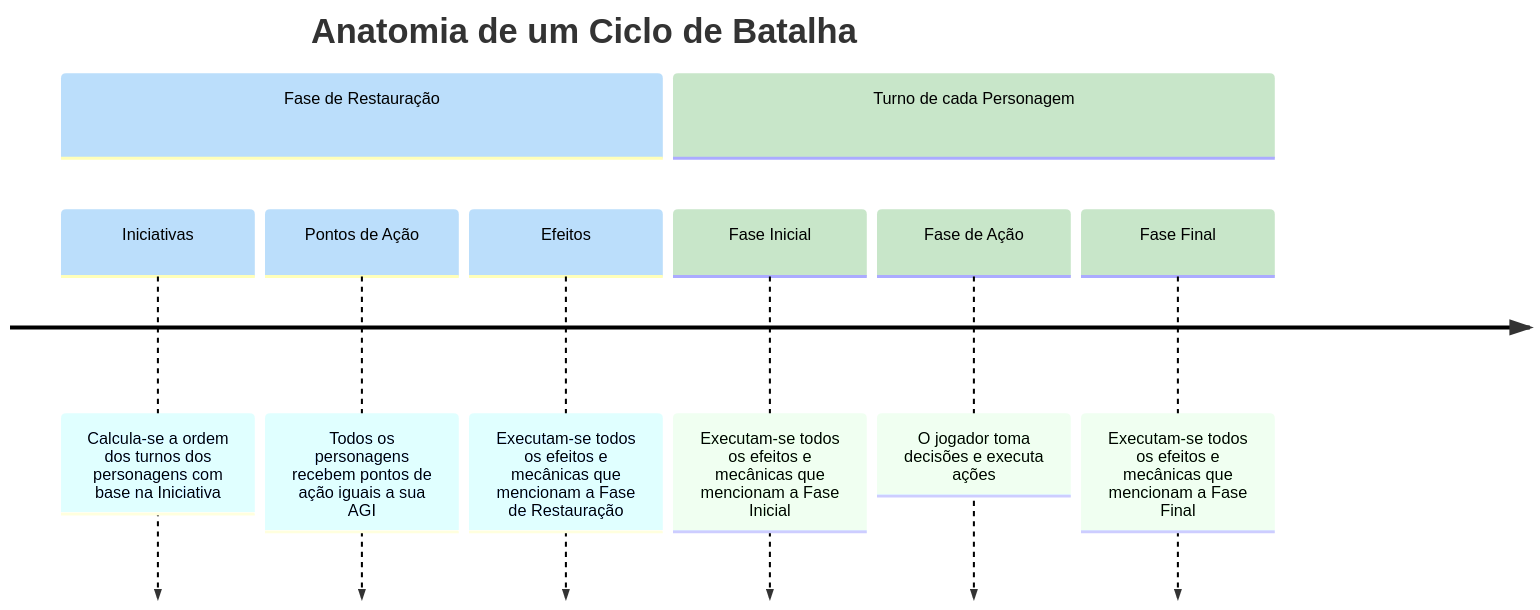
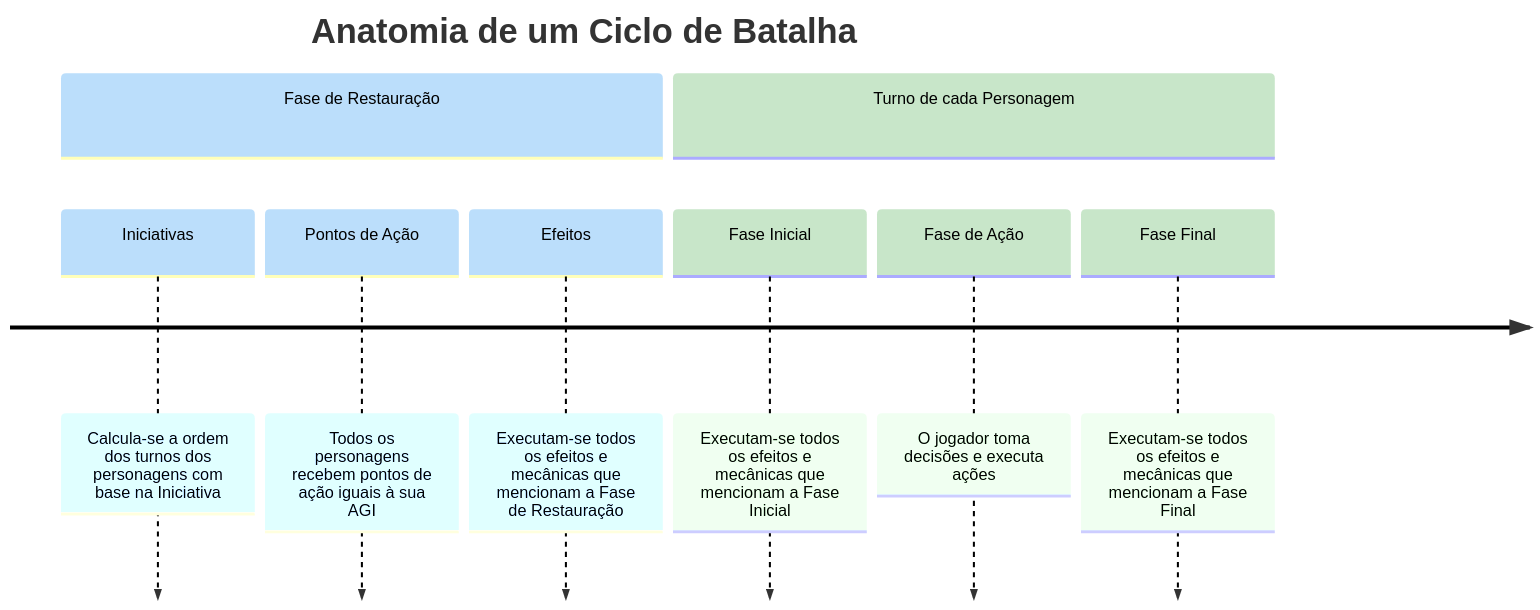
One commit to Paracosmus/ApotheosisRulebook changed the diagram in battle/turn.md. Above: the diagram before and after it, drawn with Mermaid. The commit also changed other lines of this file and 66 other files, not shown here.

````diff
--- a/battle/turn.md
+++ b/battle/turn.md
@@ -26,26 +25,26 @@
 ```mermaid
 %%{init: { 'logLevel': 'debug', 'theme': 'default' , 'themeVariables': {
     'cScale0': '#BBDEFB', 'cScaleLabel0': '#000000',
     'cScale1': '#C8E6C9',
     'cScale2': '#FFCDD2'
 } } }%%
 
 timeline
     title Anatomia de um Ciclo de Batalha
 
     section Fase de Restauração
         Iniciativas
             : Calcula-se a ordem dos turnos dos personagens com base na Iniciativa
         Pontos de Ação
-            : Todos os personagens recebem pontos de ação iguais a sua AGI
+            : Todos os personagens recebem pontos de ação iguais à sua AGI
         Efeitos
             : Executam-se todos os efeitos e mecânicas que mencionam a Fase de Restauração
 
     section Turno de cada Personagem
         Fase Inicial
             : Executam-se todos os efeitos e mecânicas que mencionam a Fase Inicial
         Fase de Ação
             : O jogador toma decisões e executa ações
         Fase Final
             : Executam-se todos os efeitos e mecânicas que mencionam a Fase Final
 ```
````
